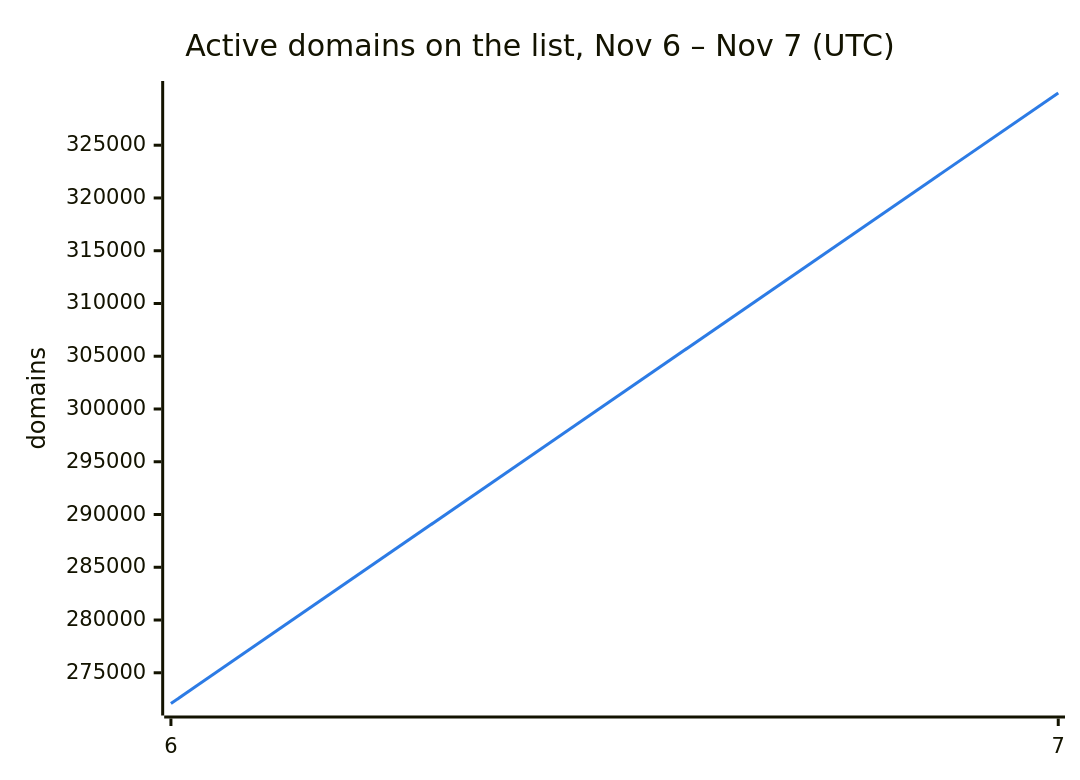
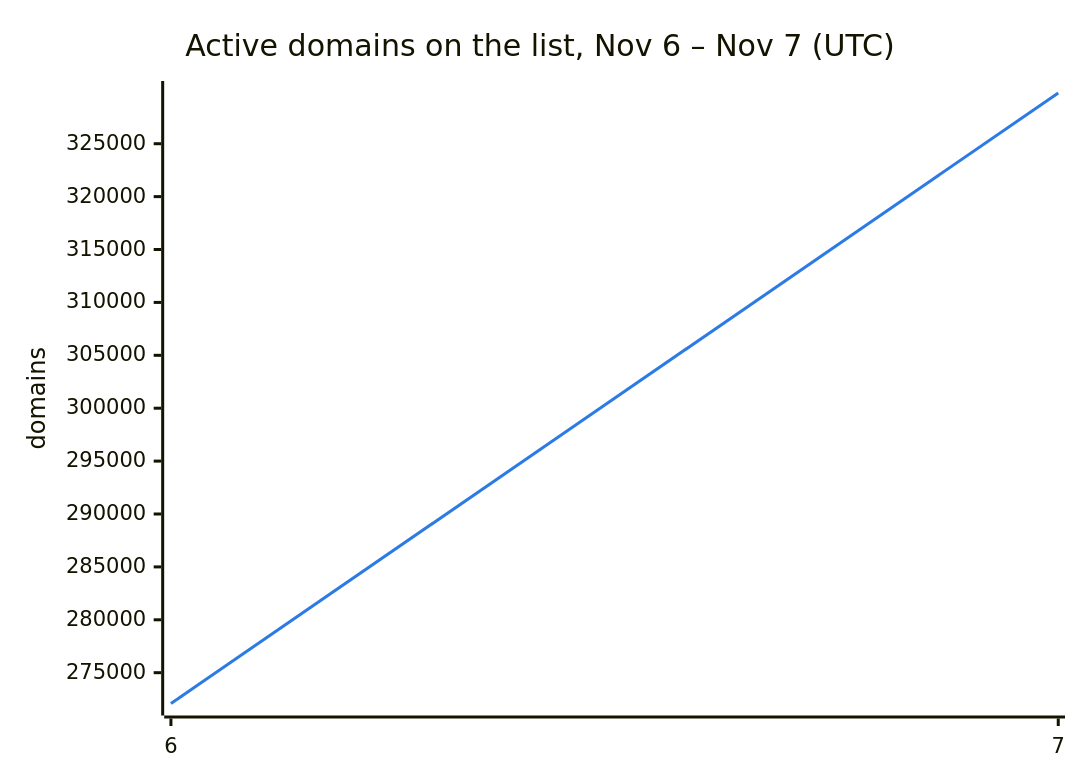
The second of 3 diagrams in README.md (DNSBunker/CTI), drawn with Mermaid before and after one commit. The commit also changed other lines of this file and 3 other files, not shown here.

````diff
--- a/README.md
+++ b/README.md
@@ -38,8 +38,8 @@
 ```mermaid
 %%{init: {"themeVariables": {"xyChart": {"plotColorPalette": "#2c7be5"}}}}%%
 xychart-beta
     title "Active domains on the list, Nov 6 – Nov 7 (UTC)"
     x-axis ["6", "7"]
     y-axis "domains"
-    line [272088, 329949]
+    line [272088, 329795]
 ```
````
